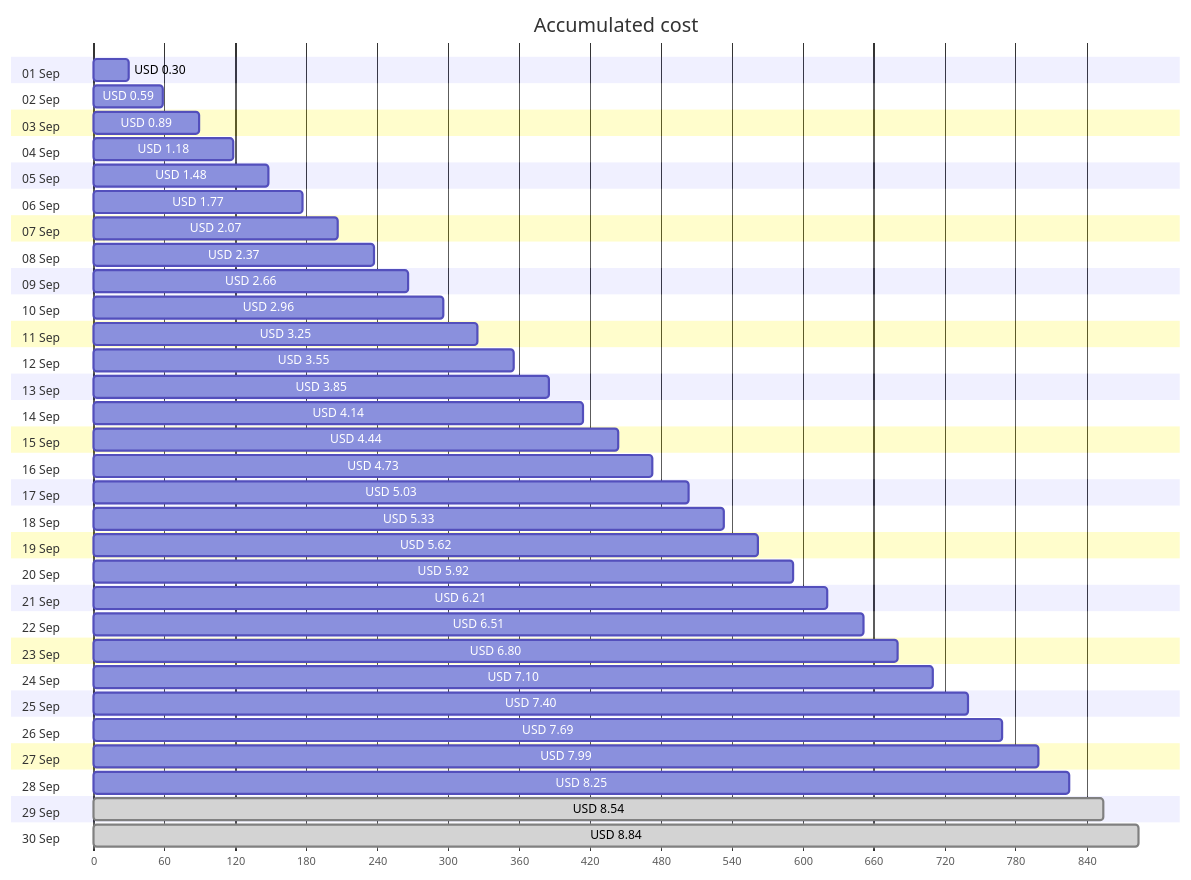
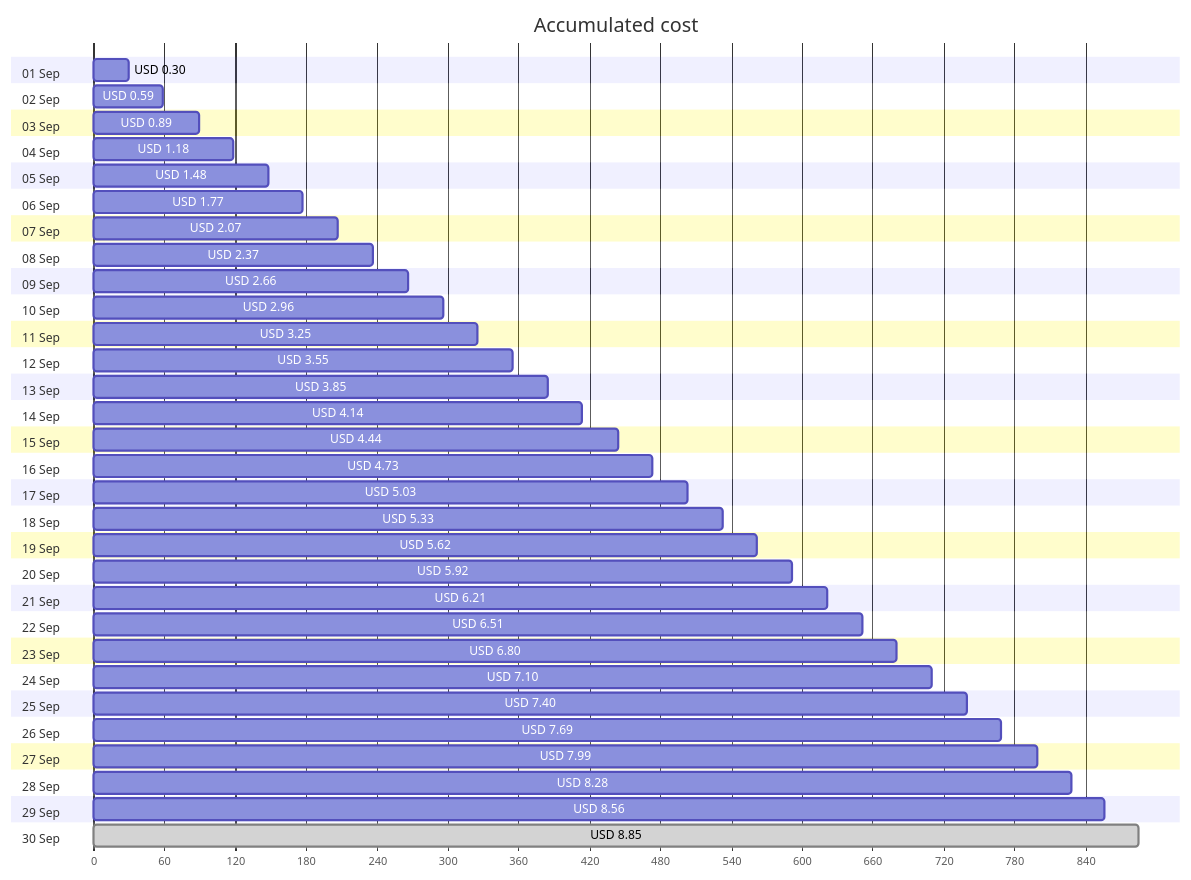
Before and after one commit to jpfulton/azure-personal-reports: the first of 4 diagrams in cost-reports/personal-site/personal-site.md, drawn with Mermaid. The commit also changed other lines of this file and 7 other files, not shown here.

````diff
--- a/cost-reports/personal-site/personal-site.md
+++ b/cost-reports/personal-site/personal-site.md
@@ -20,66 +20,66 @@
 ```mermaid
 gantt
    title Accumulated cost
    dateFormat  X
    axisFormat %s
    section 01 Sep
    USD 0.30 :0, 30
    section 02 Sep
    USD 0.59 :0, 59
    section 03 Sep
    USD 0.89 :0, 89
    section 04 Sep
    USD 1.18 :0, 118
    section 05 Sep
    USD 1.48 :0, 148
    section 06 Sep
    USD 1.77 :0, 177
    section 07 Sep
    USD 2.07 :0, 207
    section 08 Sep
    USD 2.37 :0, 237
    section 09 Sep
    USD 2.66 :0, 266
    section 10 Sep
    USD 2.96 :0, 296
    section 11 Sep
    USD 3.25 :0, 325
    section 12 Sep
    USD 3.55 :0, 355
    section 13 Sep
    USD 3.85 :0, 385
    section 14 Sep
    USD 4.14 :0, 414
    section 15 Sep
    USD 4.44 :0, 444
    section 16 Sep
    USD 4.73 :0, 473
    section 17 Sep
    USD 5.03 :0, 503
    section 18 Sep
    USD 5.33 :0, 533
    section 19 Sep
    USD 5.62 :0, 562
    section 20 Sep
    USD 5.92 :0, 592
    section 21 Sep
    USD 6.21 :0, 621
    section 22 Sep
    USD 6.51 :0, 651
    section 23 Sep
    USD 6.80 :0, 680
    section 24 Sep
    USD 7.10 :0, 710
    section 25 Sep
    USD 7.40 :0, 740
    section 26 Sep
    USD 7.69 :0, 769
    section 27 Sep
    USD 7.99 :0, 799
    section 28 Sep
-   USD 8.25 :0, 825
+   USD 8.28 :0, 828
    section 29 Sep
-   USD 8.54 : done, 0, 854
+   USD 8.56 :0, 856
    section 30 Sep
-   USD 8.84 : done, 0, 884
+   USD 8.85 : done, 0, 885
 ```
````
